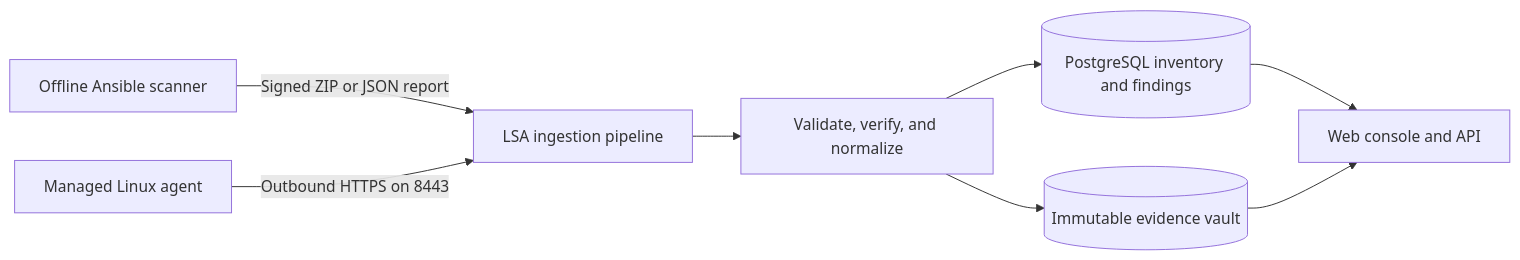
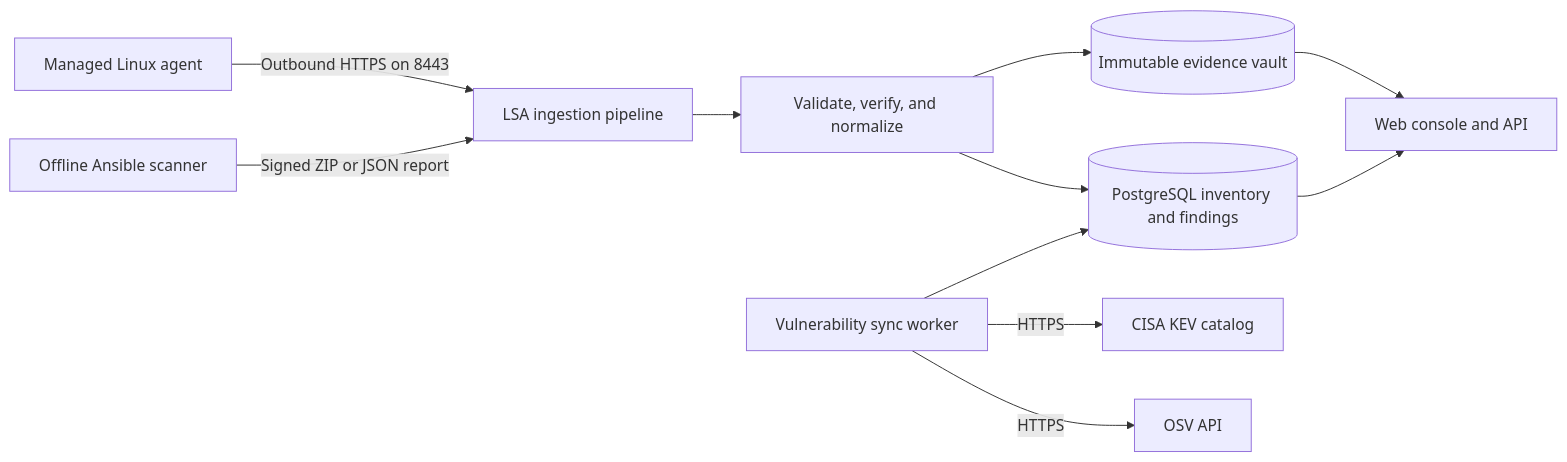
The diagram in README.md (itamar-raanan/LSA), drawn with Mermaid before and after one commit. The commit also changed other lines of this file and 24 other files, not shown here.

````diff
--- a/README.md
+++ b/README.md
@@ -14,10 +14,13 @@
 ```mermaid
 flowchart LR
     O["Offline Ansible scanner"] -->|"Signed ZIP or JSON report"| I["LSA ingestion pipeline"]
     A["Managed Linux agent"] -->|"Outbound HTTPS on 8443"| I
     I --> V["Validate, verify, and normalize"]
     V --> D[("PostgreSQL inventory and findings")]
     V --> E[("Immutable evidence vault")]
+    S["Vulnerability sync worker"] -->|"HTTPS"| OSV["OSV API"]
+    S -->|"HTTPS"| K["CISA KEV catalog"]
+    S --> D
     D --> C["Web console and API"]
     E --> C
 ```
````
